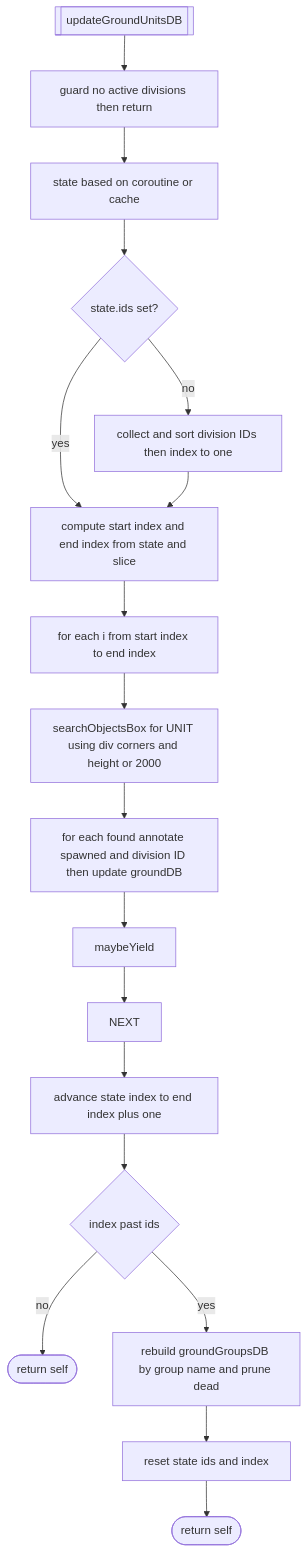
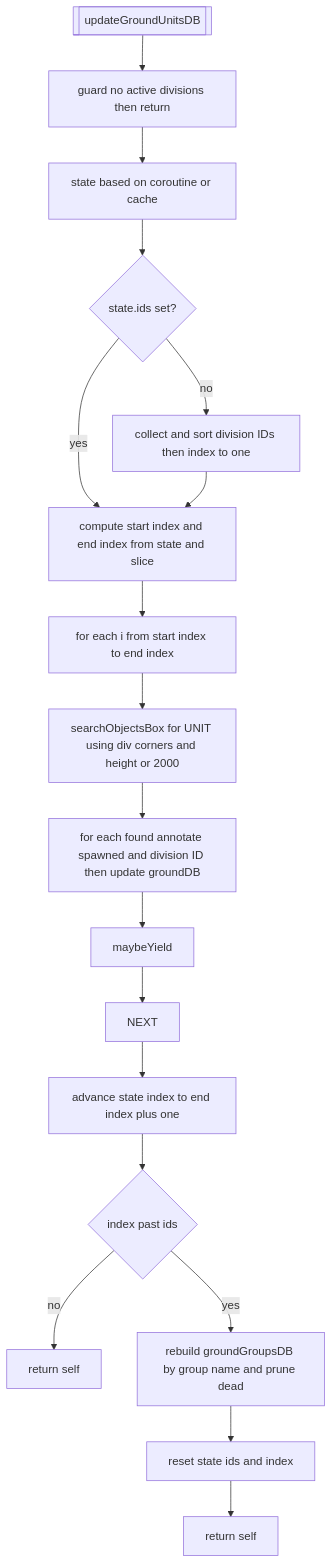
One commit to Gh0st352/AETHR changed the fifth of 6 diagrams in docs/world/objects_and_db.md. Above: the diagram before and after it, drawn with Mermaid. The commit also changed other lines of this file, not shown here.

Commit message:
docs(objects_and_db): improve mermaid diagram syntax for clarity and consistency

````diff
--- a/docs/world/objects_and_db.md
+++ b/docs/world/objects_and_db.md
@@ -86,20 +86,20 @@
 ```mermaid
 flowchart TD
   GDB[[updateGroundUnitsDB]] --> PRE[guard no active divisions then return]
   PRE --> ST[state based on coroutine or cache]
   ST --> IDS{state.ids set?}
-  IDS -- no --> BIDS[collect and sort division IDs then index to one]
-  IDS -- yes --> SIDX[compute start index and end index from state and slice]
+  IDS -->|no| BIDS[collect and sort division IDs then index to one]
+  IDS -->|yes| SIDX[compute start index and end index from state and slice]
   BIDS --> SIDX
   SIDX --> LOOP[for each i from start index to end index]
   LOOP --> SCAN[searchObjectsBox for UNIT using div corners and height or 2000]
   SCAN --> INS[for each found annotate spawned and division ID then update groundDB]
   INS --> YL1[maybeYield]
   YL1 --> NEXT
   NEXT --> ADV[advance state index to end index plus one]
   ADV --> FULL{index past ids}
-  FULL -- no --> RET1([return self])
-  FULL -- yes --> REBLD[rebuild groundGroupsDB by group name and prune dead]
+  FULL -->|no| RET1[return self]
+  FULL -->|yes| REBLD[rebuild groundGroupsDB by group name and prune dead]
   REBLD --> RST[reset state ids and index]
-  RST --> RET2([return self])
+  RST --> RET2[return self]
 ```
````
